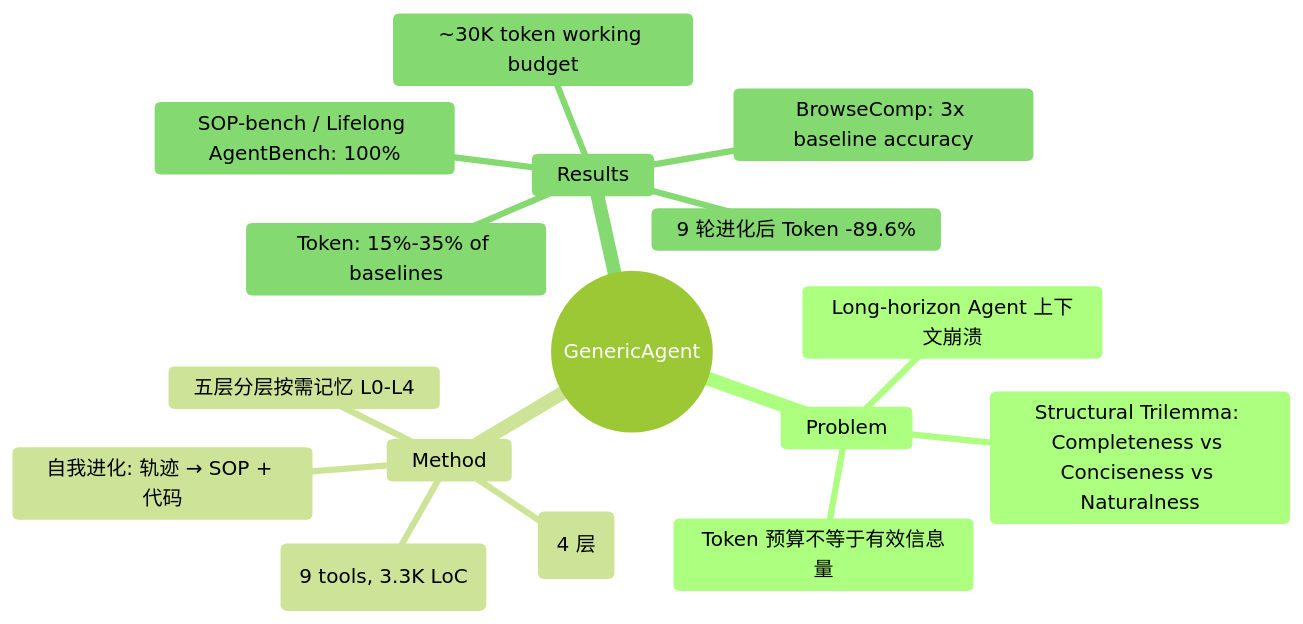
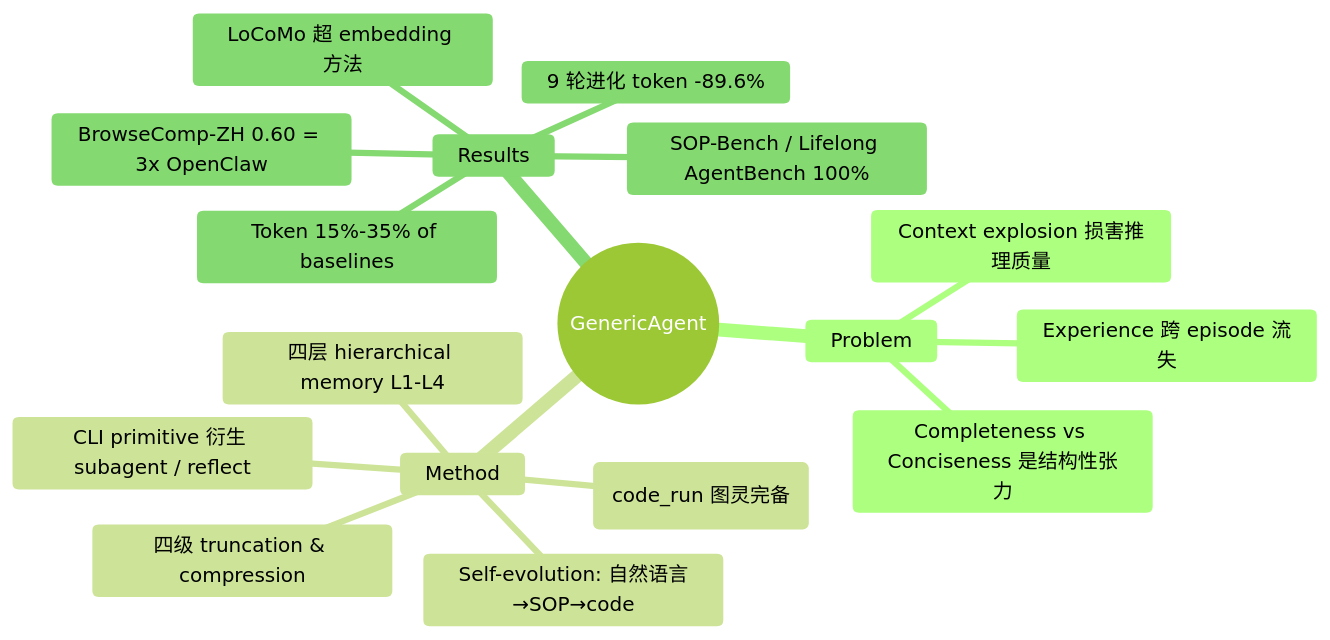
Before and after one commit to Kendrick-Stein/MCISLAB_DeepRead: the diagram in Papers/2604-GenericAgent.md, drawn with Mermaid (forest theme). The commit also changed other lines of this file and 21 other files, not shown here.

````diff
--- a/Papers/2604-GenericAgent.md
+++ b/Papers/2604-GenericAgent.md
@@ -136,19 +105,20 @@
 ```mermaid
 mindmap
   root((GenericAgent))
     Problem
-      Long-horizon Agent 上下文崩溃
-      Structural Trilemma: Completeness vs Conciseness vs Naturalness
-      Token 预算不等于有效信息量
+      Context explosion 损害推理质量
+      Experience 跨 episode 流失
+      Completeness vs Conciseness 是结构性张力
     Method
-      最小原子工具集 (9 tools, 3.3K LoC)
-      五层分层按需记忆 L0-L4
-      自我进化: 轨迹 → SOP + 代码
-      上下文截断与压缩 (4 层)
+      9 个原子工具 (code_run 图灵完备)
+      四层 hierarchical memory L1-L4
+      Self-evolution: 自然语言→SOP→code
+      四级 truncation & compression
+      CLI primitive 衍生 subagent / reflect
     Results
-      SOP-bench / Lifelong AgentBench: 100%
-      Token: 15%-35% of baselines
-      9 轮进化后 Token -89.6%
-      BrowseComp: 3x baseline accuracy
-      ~30K token working budget
+      SOP-Bench / Lifelong AgentBench 100%
+      Token 15%-35% of baselines
+      9 轮进化 token -89.6%
+      LoCoMo 超 embedding 方法
+      BrowseComp-ZH 0.60 = 3x OpenClaw
 ```
````
